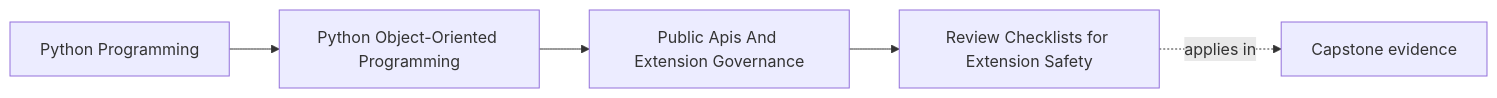
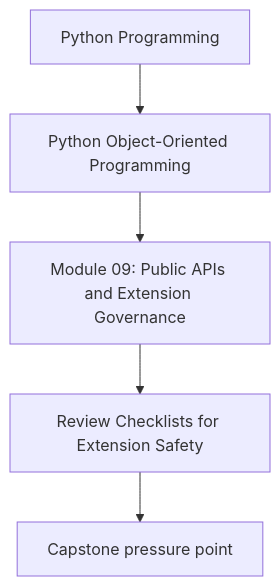
Before and after one commit to bijux/bijux-masterclass: the first of 2 diagrams in programs/python-programming/python-object-oriented-programming/course-book/module-09-public-apis-and-extension-governance/review-checklists-for-extension-safety.md, drawn with Mermaid. The commit also changed other lines of this file and 107 other files, not shown here.

Commit message:
docs(python-object-oriented-programming): align concept page diagrams

````diff
--- a/programs/python-programming/python-object-oriented-programming/course-book/module-09-public-apis-and-extension-governance/review-checklists-for-extension-safety.md
+++ b/programs/python-programming/python-object-oriented-programming/course-book/module-09-public-apis-and-extension-governance/review-checklists-for-extension-safety.md
@@ -7,11 +7,7 @@
 ```mermaid
-graph LR
-  family["Python Programming"]
-  program["Python Object-Oriented Programming"]
-  section["Public Apis And Extension Governance"]
-  page["Review Checklists for Extension Safety"]
-  capstone["Capstone evidence"]
-
-  family --> program --> section --> page
-  page -.applies in.-> capstone
+flowchart TD
+  family["Python Programming"] --> program["Python Object-Oriented Programming"]
+  program --> module["Module 09: Public APIs and Extension Governance"]
+  module --> concept["Review Checklists for Extension Safety"]
+  concept --> capstone["Capstone pressure point"]
 ```
````
